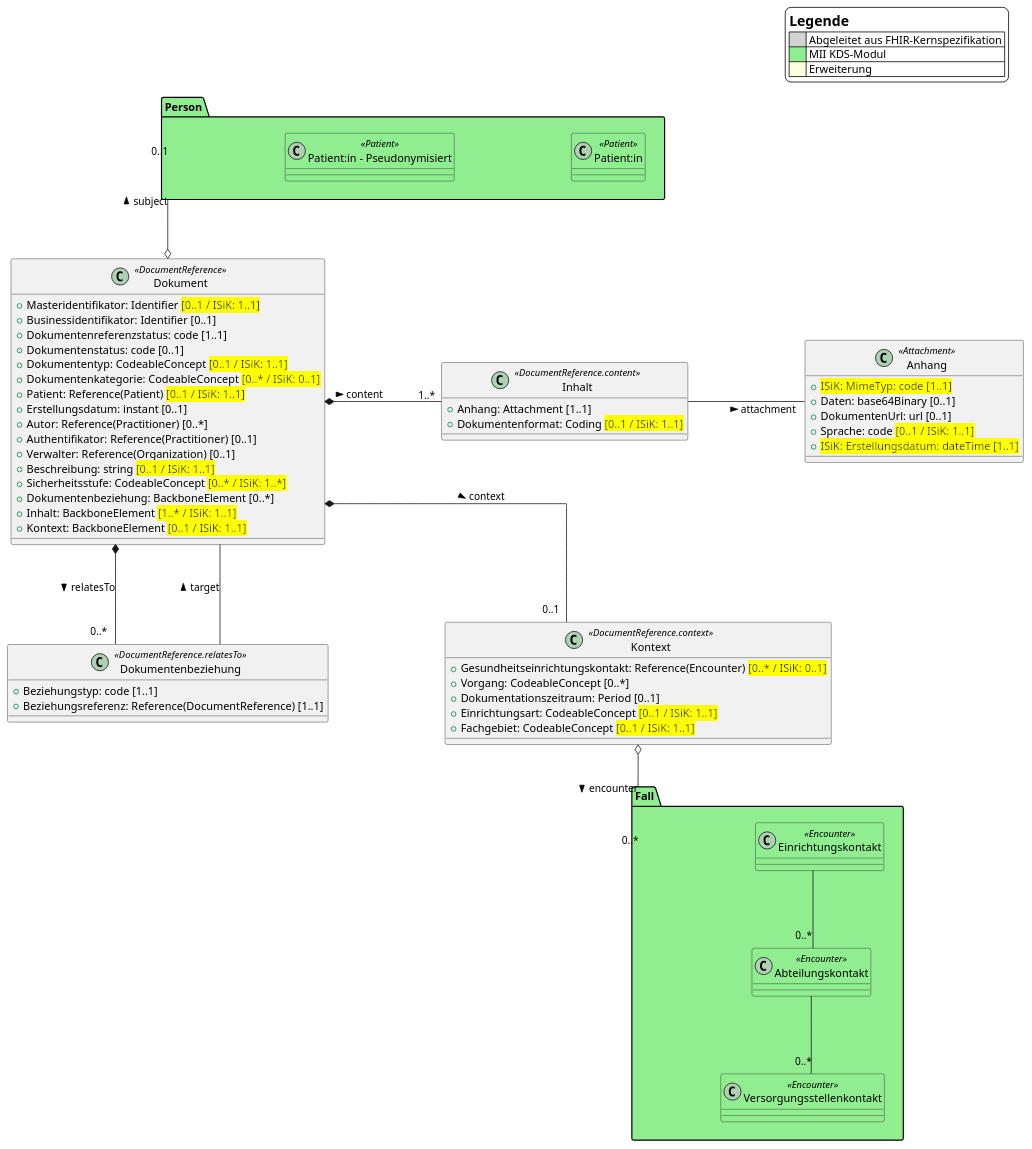
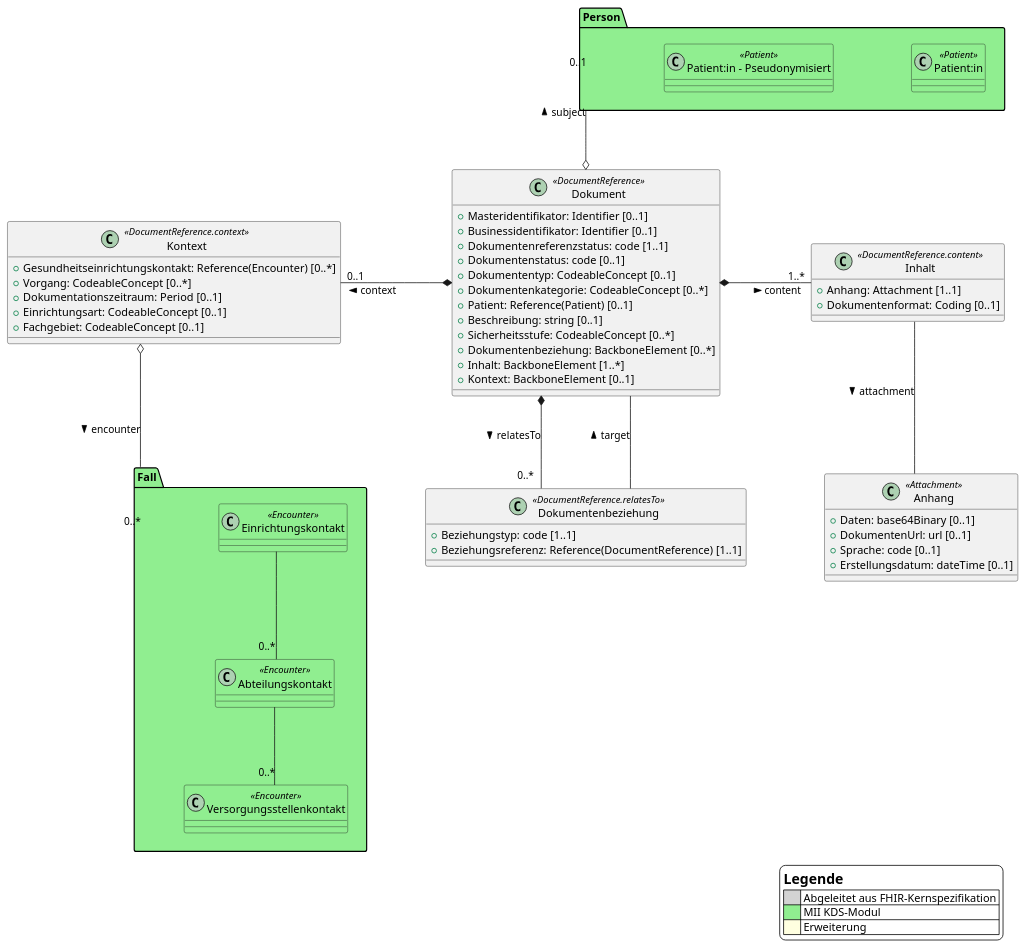
The diagram in input/plantuml/Dokument-Einfach.plantuml (imi-ms/eyematics-kds), drawn with PlantUML before and after one commit. The commit also changed 1 other file, not shown here.

Commit message:
Modifies UML diagram in preparation for the NSG vote
- Removes ISiK diff. highlights
- Removes not required attributes
- Reorder creation date attribute

```diff
--- a/input/plantuml/Dokument-Einfach.plantuml
+++ b/input/plantuml/Dokument-Einfach.plantuml
@@ -1,86 +1,96 @@
 @startuml
 
 ' Canvas Parameters
 skinparam Linetype ortho
-skinparam Nodesep 150
+skinparam Nodesep 100
 skinparam Ranksep 100
 skinparam legendBackgroundColor #white
 
-legend top right
+legend bottom right
     = Legende
-    |<#lightgray>      | Abgeleitet aus FHIR-Kernspezifikation |
-    |<#lightgreen>     | MII KDS-Modul |
-    |<#lightyellow>    | Erweiterung |
+    |<#LightGray>      | Abgeleitet aus FHIR-Kernspezifikation |
+    |<#LightGreen>     | MII KDS-Modul |
+    |<#LightYellow>    | Erweiterung |
 endlegend
 
 ' MII KDS-Modul Person
 package Person #LightGreen {
     class "Patient:in" <<Patient>> #LightGreen
     class "Patient:in - Pseudonymisiert" <<Patient>> #LightGreen
 }
 
 ' MII KDS-Modul Fall
 package Fall #LightGreen {
   class Einrichtungskontakt <<Encounter>> #LightGreen
   class Abteilungskontakt <<Encounter>> #LightGreen
   class Versorgungsstellenkontakt <<Encounter>> #LightGreen
 }
 
 ' Klassen
 class Dokument <<DocumentReference>> {
-    + {field} Masteridentifikator: Identifier <back:#yellow>[0..1 / ISiK: 1..1]</back>
+'   + {field} Masteridentifikator: Identifier <back:#yellow>[0..1 / ISiK: 1..1]</back>
+    + {field} Masteridentifikator: Identifier [0..1]
     + {field} Businessidentifikator: Identifier [0..1]
     + {field} Dokumentenreferenzstatus: code [1..1]
     + {field} Dokumentenstatus: code [0..1]
-    + {field} Dokumententyp: CodeableConcept <back:#yellow>[0..1 / ISiK: 1..1]</back>
-    + {field} Dokumentenkategorie: CodeableConcept <back:#yellow>[0..* / ISiK: 0..1]</back>
-    + {field} Patient: Reference(Patient) <back:#yellow>[0..1 / ISiK: 1..1]</back>
-    + {field} Erstellungsdatum: instant [0..1]
-    + {field} Autor: Reference(Practitioner) [0..*]
-    + {field} Authentifikator: Reference(Practitioner) [0..1]
-    + {field} Verwalter: Reference(Organization) [0..1]
-    + {field} Beschreibung: string <back:#yellow>[0..1 / ISiK: 1..1]</back>
-    + {field} Sicherheitsstufe: CodeableConcept <back:#yellow>[0..* / ISiK: 1..*]</back>
+'   + {field} Dokumententyp: CodeableConcept <back:#yellow>[0..1 / ISiK: 1..1]</back>
+    + {field} Dokumententyp: CodeableConcept [0..1]
+'   + {field} Dokumentenkategorie: CodeableConcept <back:#yellow>[0..* / ISiK: 0..1]</back>
+    + {field} Dokumentenkategorie: CodeableConcept [0..*]
+'   + {field} Patient: Reference(Patient) <back:#yellow>[0..1 / ISiK: 1..1]</back>
+    + {field} Patient: Reference(Patient) [0..1]
+'   + {field} Beschreibung: string <back:#yellow>[0..1 / ISiK: 1..1]</back>
+    + {field} Beschreibung: string [0..1]
+'   + {field} Sicherheitsstufe: CodeableConcept <back:#yellow>[0..* / ISiK: 1..*]</back>
+    + {field} Sicherheitsstufe: CodeableConcept [0..*]
     + {field} Dokumentenbeziehung: BackboneElement [0..*]
-    + {field} Inhalt: BackboneElement <back:#yellow>[1..* / ISiK: 1..1]</back>
-    + {field} Kontext: BackboneElement <back:#yellow>[0..1 / ISiK: 1..1]</back>
+'   + {field} Inhalt: BackboneElement <back:#yellow>[1..* / ISiK: 1..1]</back>
+    + {field} Inhalt: BackboneElement [1..*]
+'   + {field} Kontext: BackboneElement <back:#yellow>[0..1 / ISiK: 1..1]</back>
+    + {field} Kontext: BackboneElement [0..1]
 }
 
 class Dokumentenbeziehung <<DocumentReference.relatesTo>> {
     + {field} Beziehungstyp: code [1..1]
     + {field} Beziehungsreferenz: Reference(DocumentReference) [1..1]
 }
 
 class Kontext <<DocumentReference.context>> {
-    + {field} Gesundheitseinrichtungskontakt: Reference(Encounter) <back:#yellow>[0..* / ISiK: 0..1]</back>
+'   + {field} Gesundheitseinrichtungskontakt: Reference(Encounter) <back:#yellow>[0..* / ISiK: 0..1]</back>
+    + {field} Gesundheitseinrichtungskontakt: Reference(Encounter) [0..*]
     + {field} Vorgang: CodeableConcept [0..*]
     + {field} Dokumentationszeitraum: Period [0..1]
-    + {field} Einrichtungsart: CodeableConcept <back:#yellow>[0..1 / ISiK: 1..1]</back>
-    + {field} Fachgebiet: CodeableConcept <back:#yellow>[0..1 / ISiK: 1..1]</back>
+'   + {field} Einrichtungsart: CodeableConcept <back:#yellow>[0..1 / ISiK: 1..1]</back>
+    + {field} Einrichtungsart: CodeableConcept [0..1]
+'   + {field} Fachgebiet: CodeableConcept <back:#yellow>[0..1 / ISiK: 1..1]</back>
+    + {field} Fachgebiet: CodeableConcept [0..1]
 }
 
 class Inhalt <<DocumentReference.content>> {
     + {field} Anhang: Attachment [1..1]
-    + {field} Dokumentenformat: Coding <back:#yellow>[0..1 / ISiK: 1..1]</back>
+'   + {field} Dokumentenformat: Coding <back:#yellow>[0..1 / ISiK: 1..1]</back>
+    + {field} Dokumentenformat: Coding [0..1]
 }
 
 class Anhang <<Attachment>> {
-    + {field} <back:#yellow>ISiK: MimeTyp: code [1..1]</back>
+'   + {field} <back:#yellow>ISiK: MimeTyp: code [1..1]</back>
     + {field} Daten: base64Binary [0..1]
     + {field} DokumentenUrl: url [0..1]
-    + {field} Sprache: code <back:#yellow>[0..1 / ISiK: 1..1]</back>
-    + {field} <back:#yellow>ISiK: Erstellungsdatum: dateTime [1..1]</back>
+'   + {field} Sprache: code <back:#yellow>[0..1 / ISiK: 1..1]</back>
+    + {field} Sprache: code [0..1]
+'   + {field} <back:#yellow>ISiK: Erstellungsdatum: dateTime [1..1]</back>
+    + {field} Erstellungsdatum: dateTime [0..1]
 }
 
 ' Beziehungen
 Dokument *- "1..*" Inhalt: content >
-Dokument *-- "0..1" Kontext: context >
+Dokument *-l- "0..1" Kontext: context >
 Dokument *-- "0..*" Dokumentenbeziehung: relatesTo >
 Dokument o-u- "0..1" Person: subject >
 Dokumentenbeziehung -- Dokument: target >
-Inhalt -r- Anhang: attachment >
-Kontext o-- "0..*" Fall: encounter >
+Inhalt -d- Anhang: attachment >
+Kontext o-d- "0..*" Fall: encounter >
 Einrichtungskontakt -- "0..*" Abteilungskontakt
 Abteilungskontakt -- "0..*" Versorgungsstellenkontakt
 
 @enduml
```
